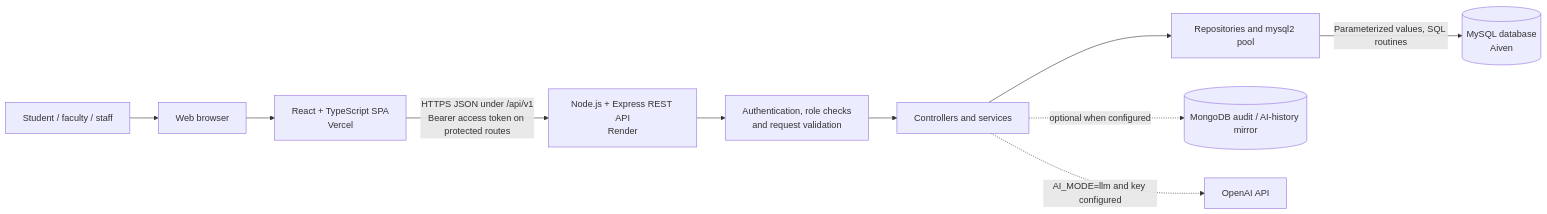
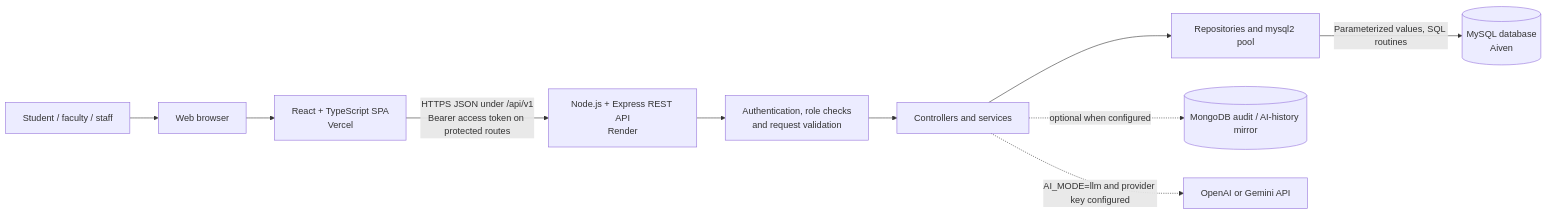
Before and after one commit to harshtakalkar037-boop/DBMS-PROJECT: the diagram in README.md, drawn with Mermaid. The commit also changed other lines of this file, not shown here.

Commit message:
Document Gemini AI option and data privacy

````diff
--- a/README.md
+++ b/README.md
@@ -134,12 +134,12 @@
 ```mermaid
 flowchart LR
     User[Student / faculty / staff] --> Browser[Web browser]
     Browser --> SPA[React + TypeScript SPA<br/>Vercel]
     SPA -->|HTTPS JSON under /api/v1<br/>Bearer access token on protected routes| API[Node.js + Express REST API<br/>Render]
     API --> Auth[Authentication, role checks<br/>and request validation]
     Auth --> Services[Controllers and services]
     Services --> Repositories[Repositories and mysql2 pool]
     Repositories -->|Parameterized values, SQL routines| DB[(MySQL database<br/>Aiven)]
     Services -. optional when configured .-> Mongo[(MongoDB audit / AI-history mirror)]
-    Services -. AI_MODE=llm and key configured .-> LLM[OpenAI API]
+    Services -. AI_MODE=llm and provider key configured .-> LLM[OpenAI or Gemini API]
 ```
````
